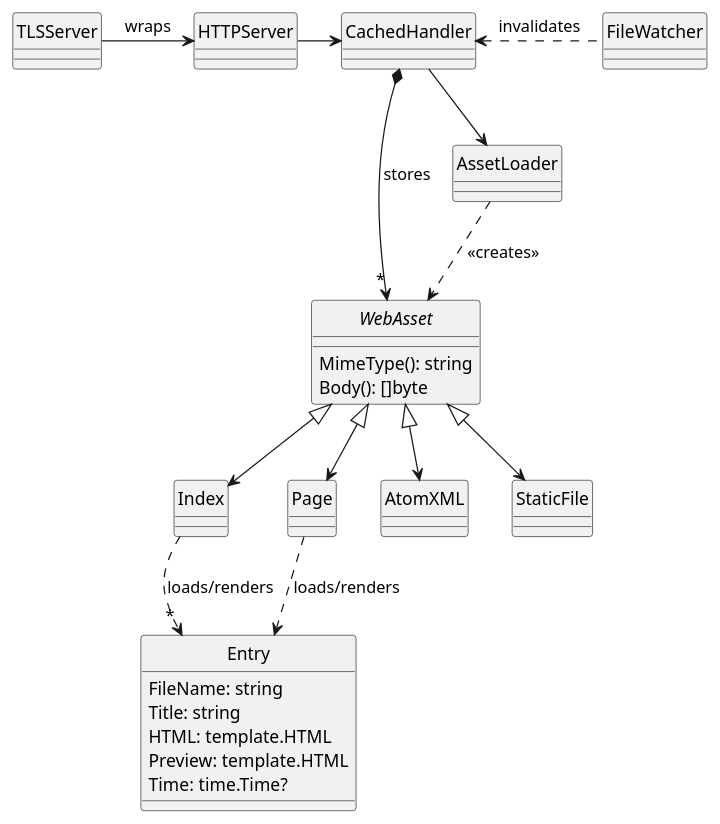
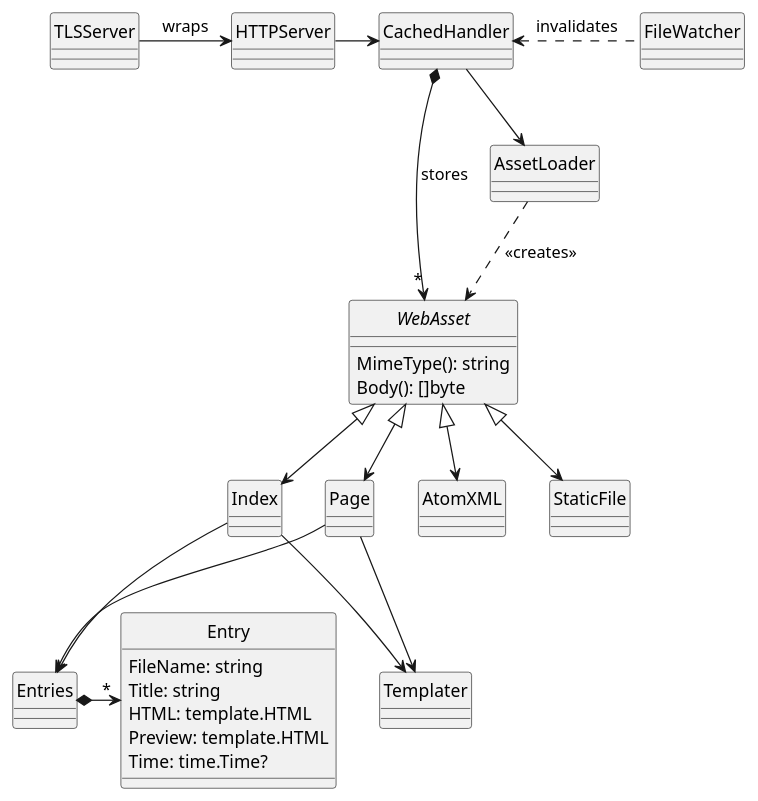
Before and after one commit to mariomac/goblog: the diagram in docs/arch_v2.puml, drawn with PlantUML. The commit also changed 12 other files, not shown here.

Commit message:
rearchitected templates/entries

```diff
--- a/docs/arch_v2.puml
+++ b/docs/arch_v2.puml
@@ -1,32 +1,37 @@
 @startuml
 hide circle
 
 class Entry {
     FileName: string
     Title: string
     HTML: template.HTML
     Preview: template.HTML
     Time: time.Time?
 }
 
 interface WebAsset {
     MimeType(): string
     Body(): []byte
 }
 
 TLSServer -> HTTPServer: wraps
 HTTPServer -> CachedHandler
 CachedHandler *--> "*" WebAsset: stores
 CachedHandler --> AssetLoader
 AssetLoader ..> WebAsset: <<creates>>
 WebAsset <|--> Index
 WebAsset <|--> Page
 WebAsset <|--> AtomXML
 WebAsset <|--> StaticFile
 
-Index ..>"*" Entry: loads/renders
-Page ..> Entry: loads/renders
+Index --> Templater
+Page --> Templater
+
+Index --> Entries
+Page --> Entries
+
+Entries *-> "*" Entry
 
 CachedHandler <. FileWatcher: invalidates
 
 @enduml
```
